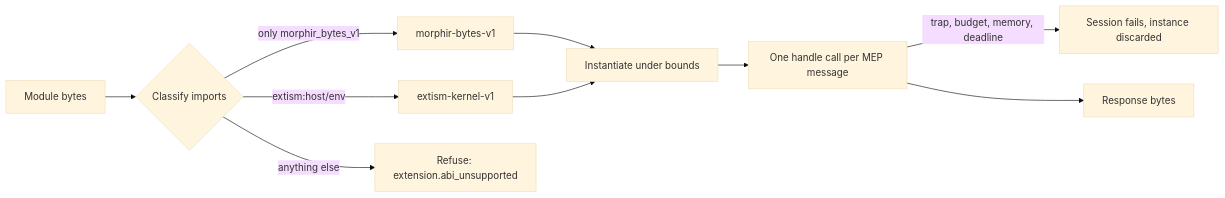
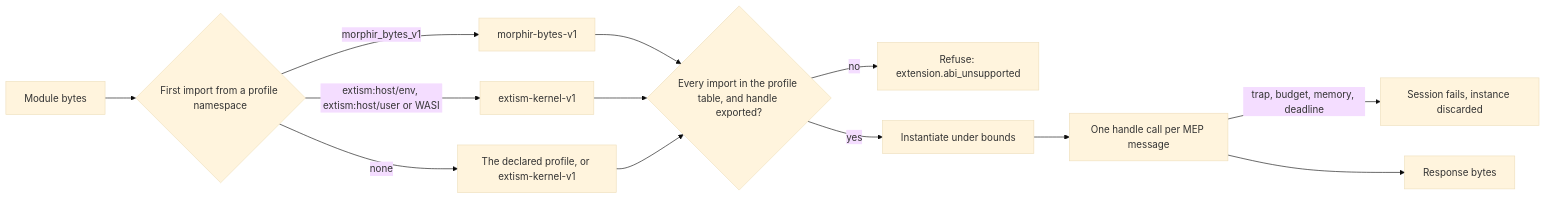
Before and after one commit to finos/morphir: the diagram in openspec/changes/add-dotnet-wasm-extension-host/specs/mep/wasm-execution-profiles/spec.md, drawn with Mermaid (base theme). The commit also changed other lines of this file and 9 other files, not shown here.

First line of the commit message:
docs(mep): apply the .NET host's findings to the WASM profile contract

````diff
--- a/openspec/changes/add-dotnet-wasm-extension-host/specs/mep/wasm-execution-profiles/spec.md
+++ b/openspec/changes/add-dotnet-wasm-extension-host/specs/mep/wasm-execution-profiles/spec.md
@@ -11,12 +11,15 @@
 ```mermaid
 flowchart LR
-  A[Module bytes] --> B{Classify imports}
-  B -->|only morphir_bytes_v1| C[morphir-bytes-v1]
-  B -->|extism:host/env| D[extism-kernel-v1]
-  B -->|anything else| X[Refuse: extension.abi_unsupported]
-  C --> E[Instantiate under bounds]
-  D --> E
+  A[Module bytes] --> B{First import from a profile namespace}
+  B -->|morphir_bytes_v1| C[morphir-bytes-v1]
+  B -->|extism:host/env, extism:host/user or WASI| D[extism-kernel-v1]
+  B -->|none| N[The declared profile, or extism-kernel-v1]
+  C --> V{Every import in the profile table, and handle exported?}
+  D --> V
+  N --> V
+  V -->|no| X[Refuse: extension.abi_unsupported]
+  V -->|yes| E[Instantiate under bounds]
   E --> F[One handle call per MEP message]
   F -->|trap, budget, memory, deadline| Y[Session fails, instance discarded]
   F --> G[Response bytes]
 ```
````
